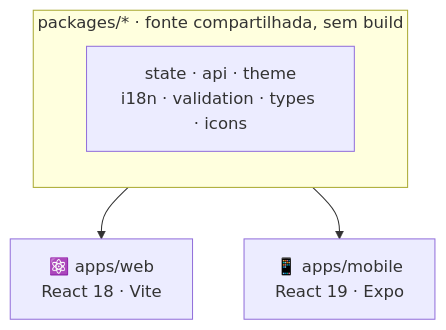
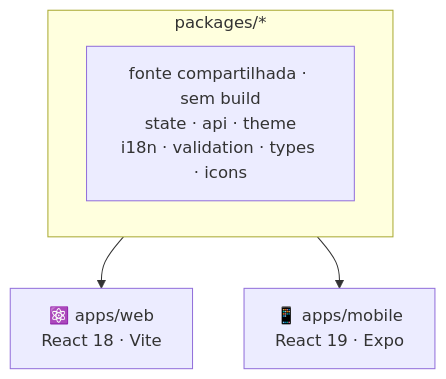
One commit to AndDev741/Beyou-arch-design changed the diagram in blog/mobile-and-the-monorepo/pt.md. Above: the diagram before and after it, drawn with Mermaid. The commit also changed 8 other files, not shown here.

First line of the commit message:
docs(blog): the AI agent cascade post, plus diagram layout fixes

````diff
--- a/blog/mobile-and-the-monorepo/pt.md
+++ b/blog/mobile-and-the-monorepo/pt.md
@@ -26,8 +26,8 @@
 ```mermaid
 flowchart TD
-  subgraph pkgs["packages/* · fonte compartilhada, sem build"]
-    ST["state · api · theme<br/>i18n · validation · types · icons"]
+  subgraph pkgs["packages/*"]
+    ST["fonte compartilhada · sem build<br/>state · api · theme<br/>i18n · validation · types · icons"]
   end
   pkgs --> WEB["⚛️ apps/web<br/>React 18 · Vite"]
   pkgs --> MOB["📱 apps/mobile<br/>React 19 · Expo"]
 ```
````
